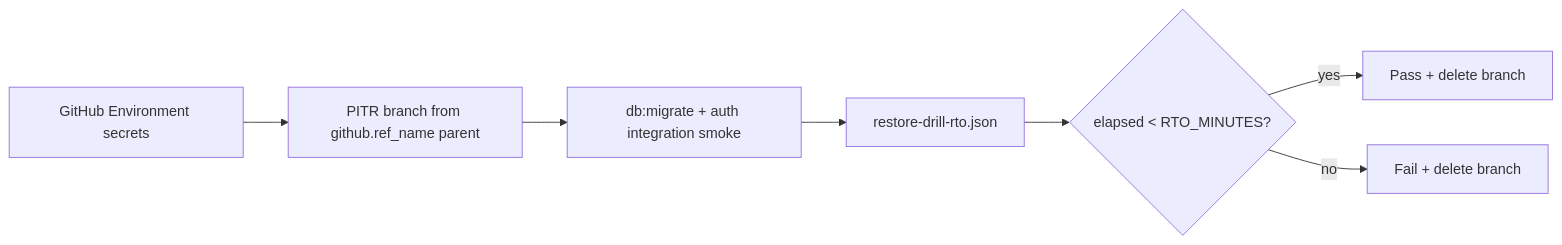
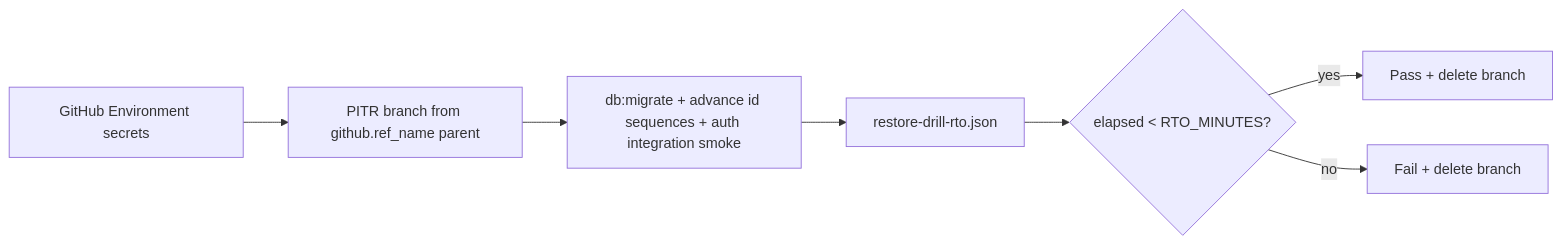
Before and after one commit to albetrios/clinozy-be: the diagram in docs/process/backup-drills.md, drawn with Mermaid. The commit also changed other lines of this file and 9 other files, not shown here.

First line of the commit message:
feat(ops): advance the id sequences after a restore, and drill it

````diff
--- a/docs/process/backup-drills.md
+++ b/docs/process/backup-drills.md
@@ -21,9 +21,9 @@
 ```mermaid
 flowchart LR
   A[GitHub Environment secrets] --> B["PITR branch from github.ref_name parent"]
-  B --> C[db:migrate + auth integration smoke]
+  B --> C[db:migrate + advance id sequences + auth integration smoke]
   C --> D[restore-drill-rto.json]
   D --> E{elapsed < RTO_MINUTES?}
   E -->|yes| F[Pass + delete branch]
   E -->|no| G[Fail + delete branch]
 ```
````
